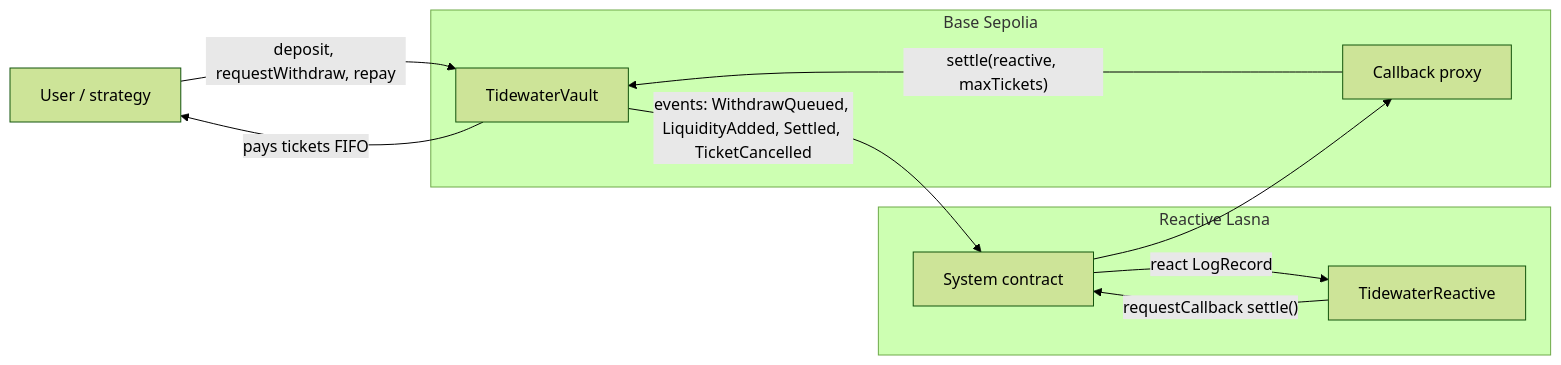
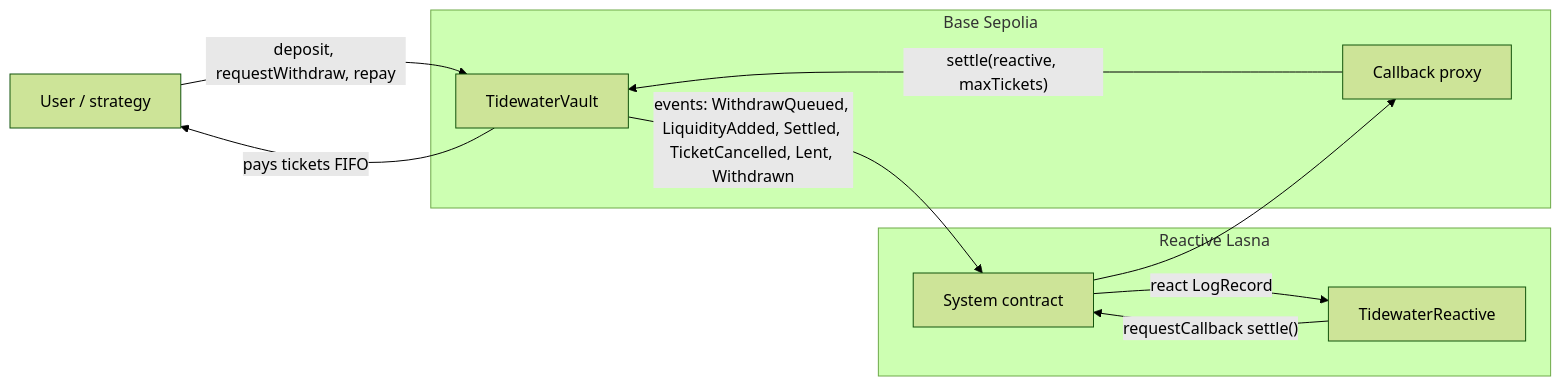
One commit to Jean-Regis-M/tidewater changed the first of 2 diagrams in README.md. Above: the diagram before and after it, drawn with Mermaid (forest theme). The commit also changed other lines of this file and 15 other files, not shown here.

First line of the commit message:
v2: linked-list queue, min ticket and caps, parked payouts, re-fire after Settled, owner guards

````diff
--- a/README.md
+++ b/README.md
@@ -35,18 +35,18 @@
 ```mermaid
 flowchart LR
   U[User / strategy] -->|deposit, requestWithdraw, repay| V
   subgraph Base Sepolia
     V[TidewaterVault]
     P[Callback proxy]
   end
   subgraph Reactive Lasna
     R[TidewaterReactive]
     S[System contract]
   end
-  V -- "events: WithdrawQueued, LiquidityAdded, Settled, TicketCancelled" --> S
+  V -- "events: WithdrawQueued, LiquidityAdded, Settled, TicketCancelled, Lent, Withdrawn" --> S
   S -->|react LogRecord| R
   R -->|"requestCallback settle()"| S
   S --> P
   P -->|"settle(reactive, maxTickets)"| V
   V -->|pays tickets FIFO| U
 ```
````
